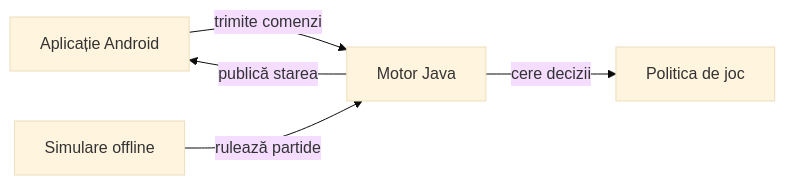
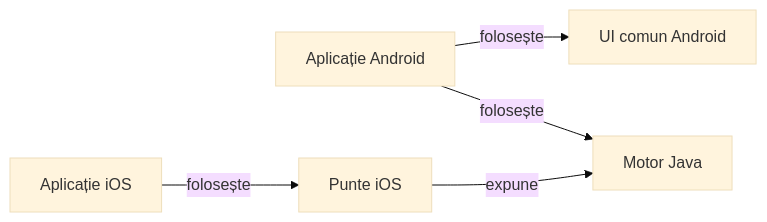
The diagram in README.md (crististefanita/atf_j4), drawn with Mermaid (base theme) before and after one commit. The commit also changed other lines of this file and 21 other files, not shown here.

````diff
--- a/README.md
+++ b/README.md
@@ -18,7 +20,12 @@
 ```mermaid
 flowchart LR
-    APP[Aplicație Android] -->|trimite comenzi| CORE[Motor Java]
-    CORE -->|publică starea| APP
-    CORE -->|cere decizii| AI[Politica de joc]
-    OFF[Simulare offline] -->|rulează partide| CORE
+    app[Aplicație Android]
+    atf_card_table_ui[UI comun Android]
+    ios[Aplicație iOS]
+    ios_bridge[Punte iOS]
+    game_core[Motor Java]
+    app -->|folosește| atf_card_table_ui
+    app -->|folosește| game_core
+    ios -->|folosește| ios_bridge
+    ios_bridge -->|expune| game_core
 ```
````
